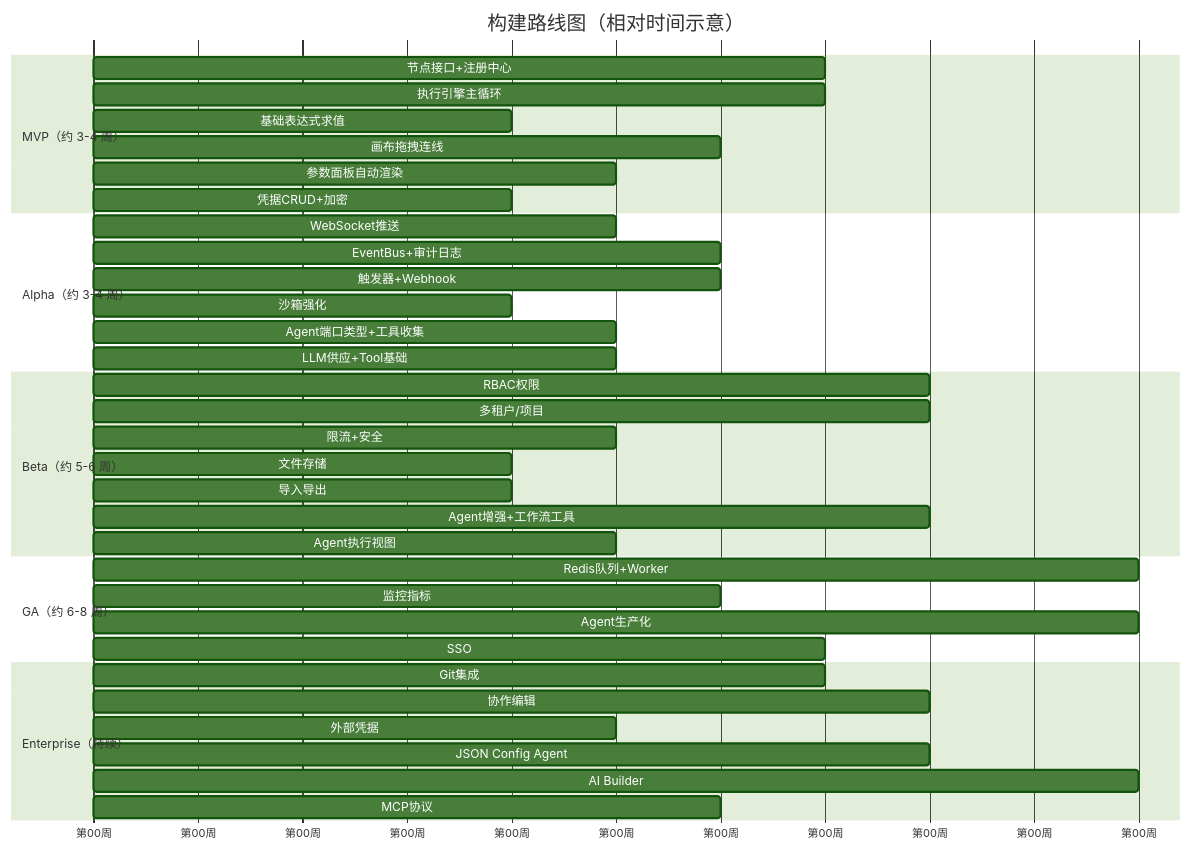
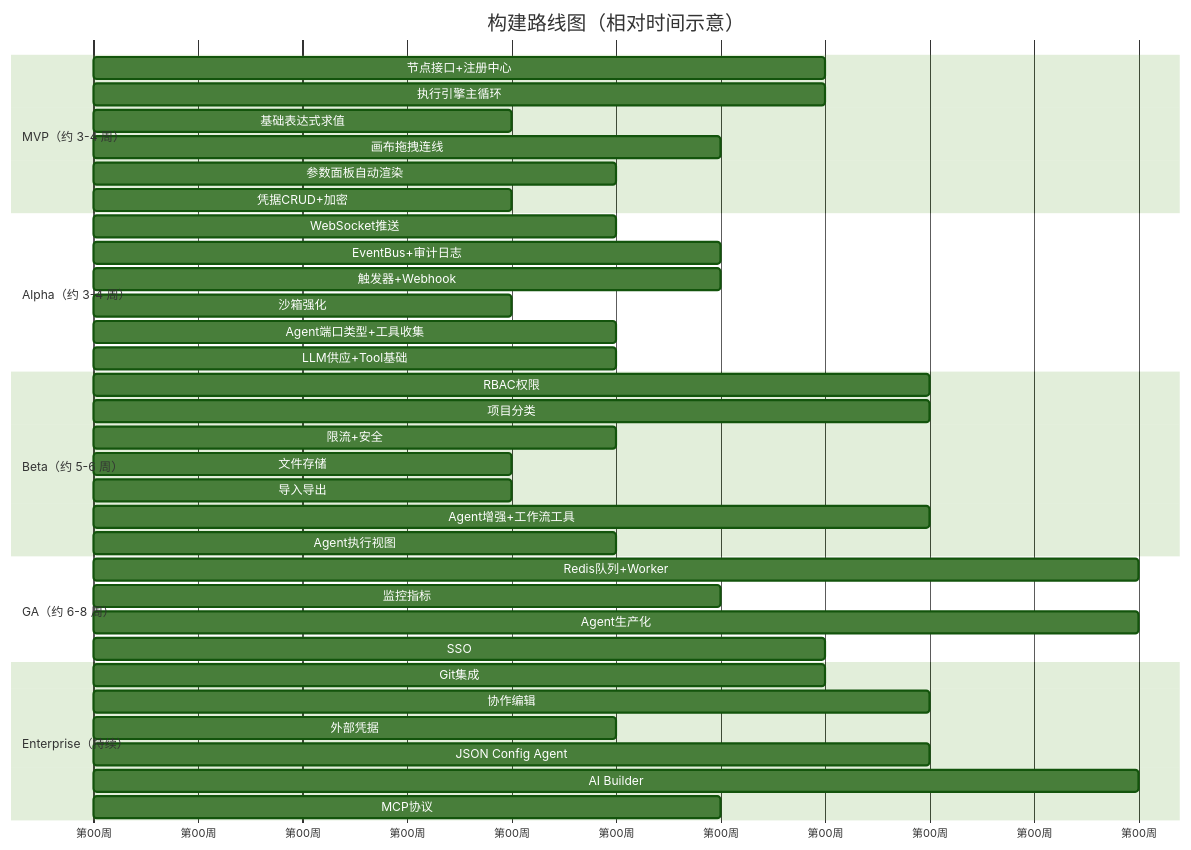
One commit to maddemon/workflow_engine changed the first of 2 diagrams in docs/architecture/roadmap.md. Above: the diagram before and after it, drawn with Mermaid (forest theme). The commit also changed other lines of this file and 162 other files, not shown here.

````diff
--- a/docs/architecture/roadmap.md
+++ b/docs/architecture/roadmap.md
@@ -9,45 +9,45 @@
 ```mermaid
 gantt
     title 构建路线图（相对时间示意）
     dateFormat  x
     axisFormat  第%S周
 
     section MVP（约 3-4 周）
     节点接口+注册中心       :a1, 0, 7d
     执行引擎主循环           :a2, 4, 7d
     基础表达式求值           :a3, 7, 4d
     画布拖拽连线             :a4, 11, 6d
     参数面板自动渲染          :a5, 14, 5d
     凭据CRUD+加密            :a6, 17, 4d
 
     section Alpha（约 3-4 周）
     WebSocket推送            :b1, 24, 5d
     EventBus+审计日志        :b2, 26, 6d
     触发器+Webhook           :b3, 29, 6d
     沙箱强化                 :b4, 34, 4d
     Agent端口类型+工具收集   :b5, 36, 5d
     LLM供应+Tool基础        :b6, 40, 5d
 
     section Beta（约 5-6 周）
     RBAC权限                :c1, 48, 8d
-    多租户/项目              :c2, 50, 8d
+    项目分类                 :c2, 50, 8d
     限流+安全               :c3, 55, 5d
     文件存储                 :c4, 58, 4d
     导入导出                 :c5, 61, 4d
     Agent增强+工作流工具     :c6, 64, 8d
     Agent执行视图           :c7, 69, 5d
 
     section GA（约 6-8 周）
     Redis队列+Worker         :d1, 78, 10d
     监控指标                 :d2, 82, 6d
     Agent生产化              :d3, 84, 10d
     SSO                     :d4, 88, 7d
 
     section Enterprise（持续）
     Git集成                 :e1, 100, 7d
     协作编辑                 :e2, 103, 8d
     外部凭据                 :e3, 108, 5d
     JSON Config Agent       :e4, 112, 8d
     AI Builder              :e5, 115, 10d
     MCP协议                 :e6, 120, 6d
 ```
````
